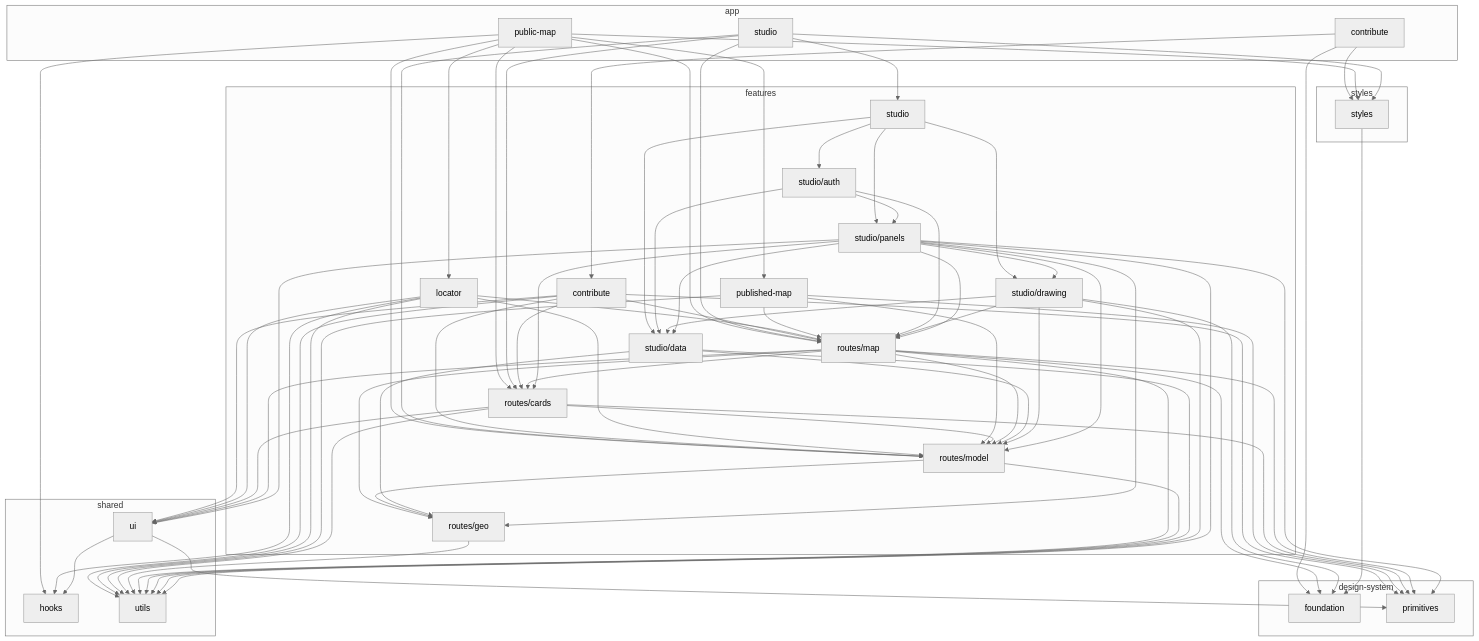
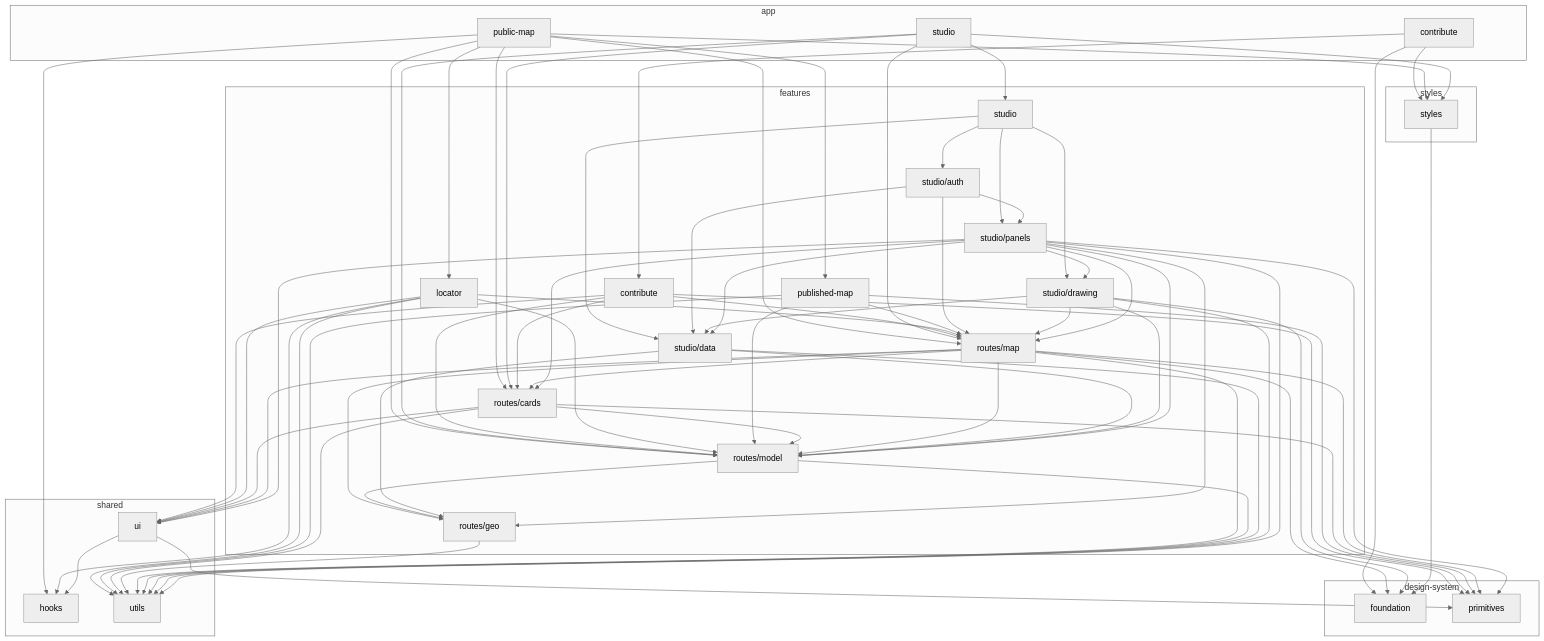
One commit to ParaOrg/Para changed the diagram in docs/architecture.md. Above: the diagram before and after it, drawn with Mermaid (neutral theme). The commit also changed other lines of this file and 13 other files, not shown here.

```diff
--- a/docs/architecture.md
+++ b/docs/architecture.md
@@ -69,7 +69,6 @@
   features_contribute --> features_routes_map
   features_contribute --> features_routes_model
   features_contribute --> shared_ui
-  features_contribute --> shared_utils
   features_locator --> features_routes_map
   features_locator --> features_routes_model
   features_locator --> shared_hooks
```
